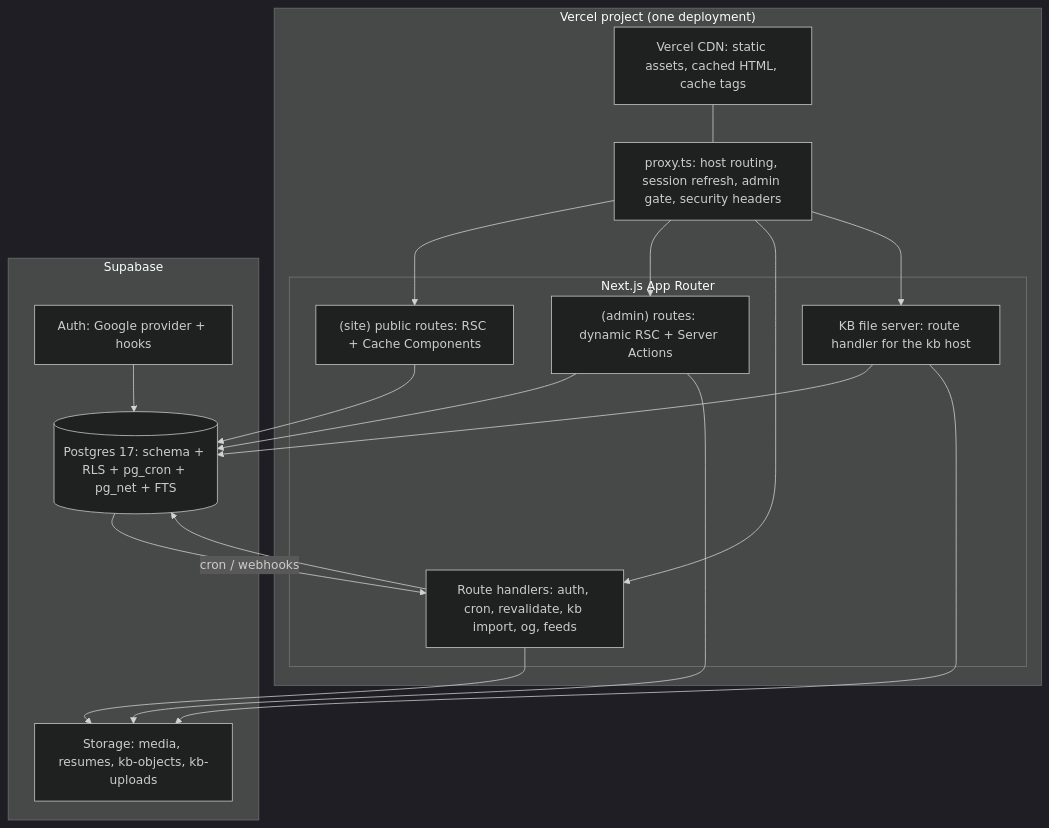
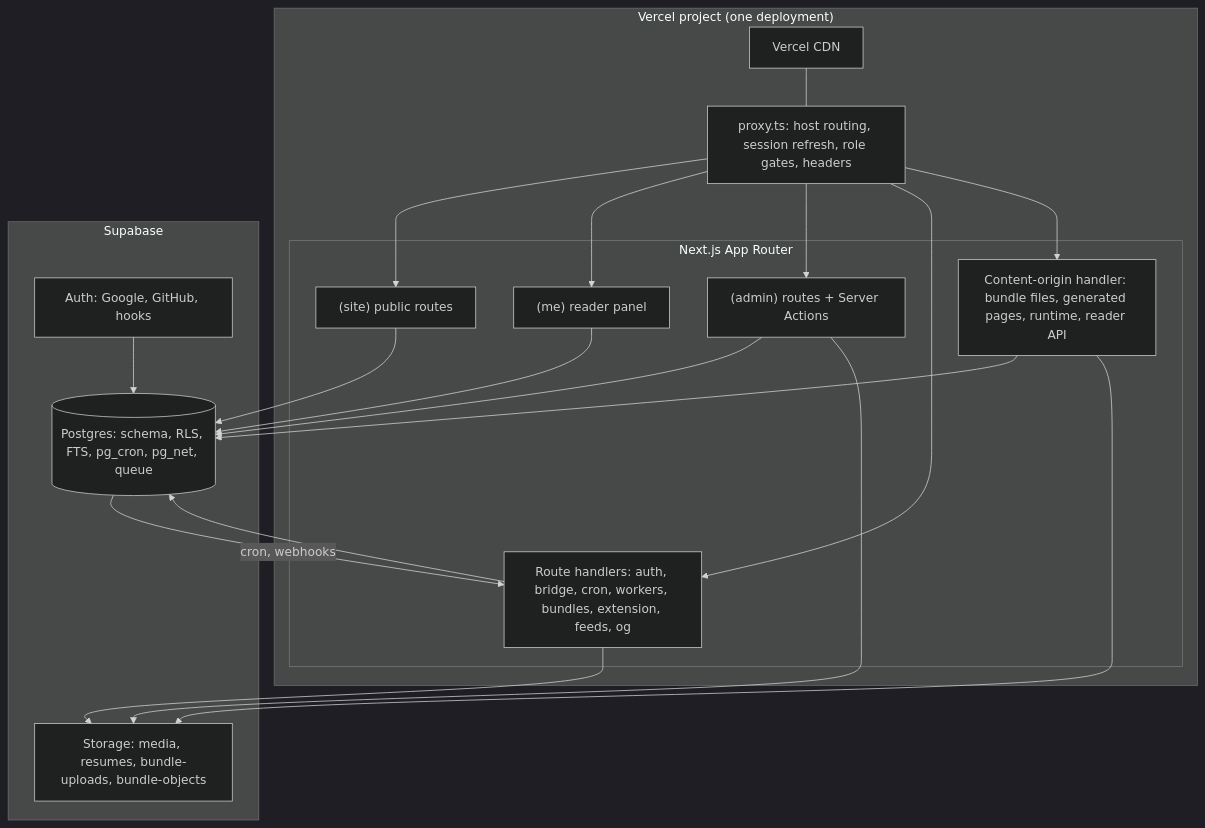
One commit to eyasir329/portfolio changed the second of 6 diagrams in docs/06-system-architecture.md. Above: the diagram before and after it, drawn with Mermaid (dark theme). The commit also changed other lines of this file and 25 other files, not shown here.

````diff
--- a/docs/06-system-architecture.md
+++ b/docs/06-system-architecture.md
@@ -36,26 +46,28 @@
 ```mermaid
 flowchart TB
   subgraph Vercel["Vercel project (one deployment)"]
-    PX["proxy.ts: host routing, session refresh, admin gate, security headers"]
+    PX["proxy.ts: host routing, session refresh, role gates, headers"]
     subgraph App["Next.js App Router"]
-      PUB["(site) public routes: RSC + Cache Components"]
-      ADM["(admin) routes: dynamic RSC + Server Actions"]
-      API["Route handlers: auth, cron, revalidate, kb import, og, feeds"]
-      KBR["KB file server: route handler for the kb host"]
+      PUB["(site) public routes"]
+      ME["(me) reader panel"]
+      ADM["(admin) routes + Server Actions"]
+      API["Route handlers: auth, bridge, cron, workers, bundles, extension, feeds, og"]
+      CO["Content-origin handler: bundle files, generated pages, runtime, reader API"]
     end
-    CDN["Vercel CDN: static assets, cached HTML, cache tags"]
+    CDN["Vercel CDN"]
   end
   subgraph Supabase
-    PG[("Postgres 17: schema + RLS + pg_cron + pg_net + FTS")]
-    AU["Auth: Google provider + hooks"]
-    ST["Storage: media, resumes, kb-objects, kb-uploads"]
+    PG[("Postgres: schema, RLS, FTS, pg_cron, pg_net, queue")]
+    AU["Auth: Google, GitHub, hooks"]
+    ST["Storage: media, resumes, bundle-uploads, bundle-objects"]
   end
-  PX --> PUB & ADM & API & KBR
+  PX --> PUB & ME & ADM & API & CO
   PUB --> PG
+  ME --> PG
   ADM --> PG & ST
   API --> PG & ST
-  KBR --> PG & ST
+  CO --> PG & ST
   AU --> PG
-  PG -- "cron / webhooks" --> API
+  PG -- "cron, webhooks" --> API
   CDN --- PX
 ```
````
